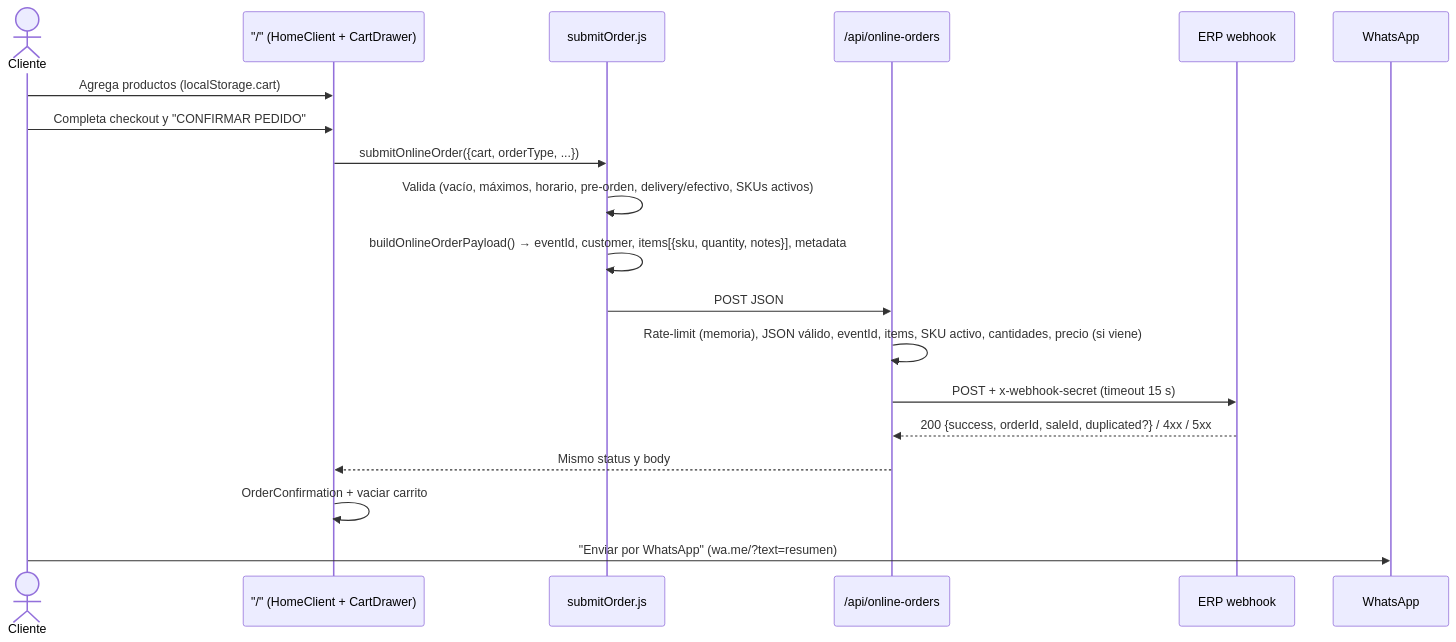
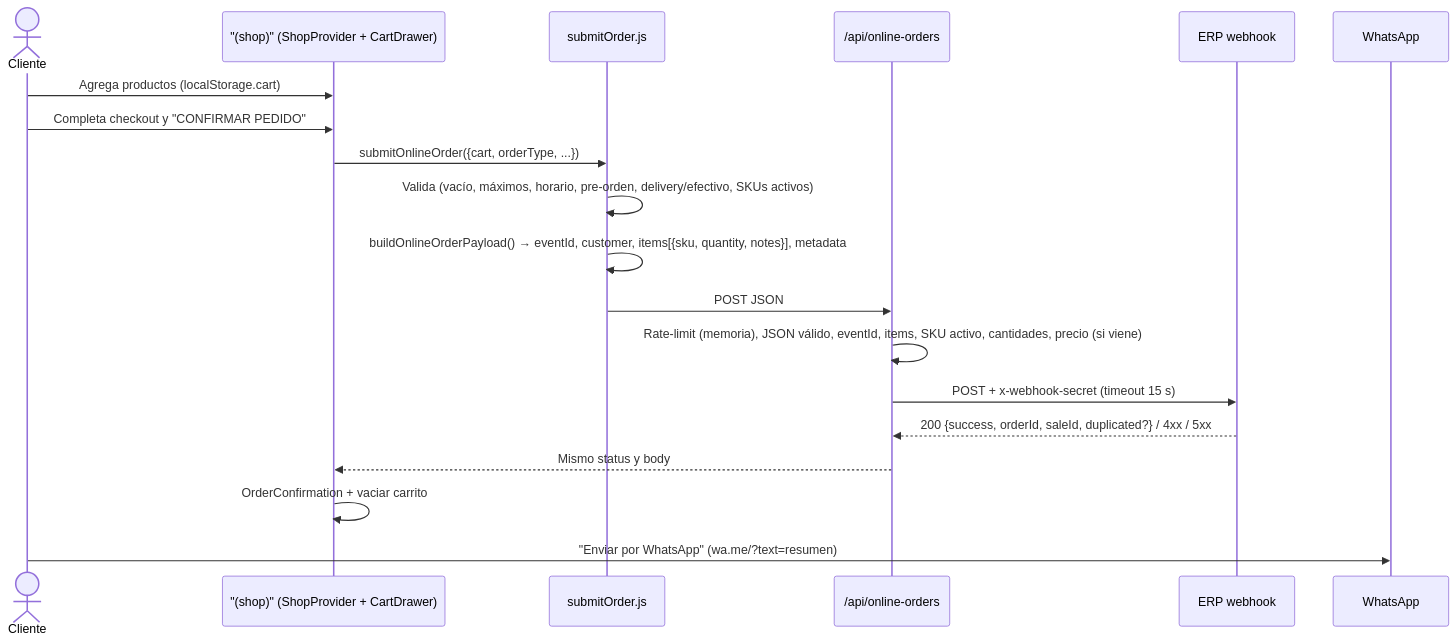
The diagram in docs/ARCHITECTURE.md (sjaquer/big-jack-menu), drawn with Mermaid before and after one commit. The commit also changed other lines of this file and 128 other files, not shown here.

````diff
--- a/docs/ARCHITECTURE.md
+++ b/docs/ARCHITECTURE.md
@@ -130,22 +131,22 @@
 ```mermaid
 sequenceDiagram
   actor C as Cliente
-  participant UI as "/" (HomeClient + CartDrawer)
+  participant UI as "(shop)" (ShopProvider + CartDrawer)
   participant SO as submitOrder.js
   participant API as /api/online-orders
   participant ERP as ERP webhook
   participant WA as WhatsApp
 
   C->>UI: Agrega productos (localStorage.cart)
   C->>UI: Completa checkout y "CONFIRMAR PEDIDO"
   UI->>SO: submitOnlineOrder({cart, orderType, ...})
   SO->>SO: Valida (vacío, máximos, horario, pre-orden, delivery/efectivo, SKUs activos)
   SO->>SO: buildOnlineOrderPayload() → eventId, customer, items[{sku, quantity, notes}], metadata
   SO->>API: POST JSON
   API->>API: Rate-limit (memoria), JSON válido, eventId, items, SKU activo, cantidades, precio (si viene)
   API->>ERP: POST + x-webhook-secret (timeout 15 s)
   ERP-->>API: 200 {success, orderId, saleId, duplicated?} / 4xx / 5xx
   API-->>UI: Mismo status y body
   UI->>UI: OrderConfirmation + vaciar carrito
   C->>WA: "Enviar por WhatsApp" (wa.me/?text=resumen)
 ```
````
